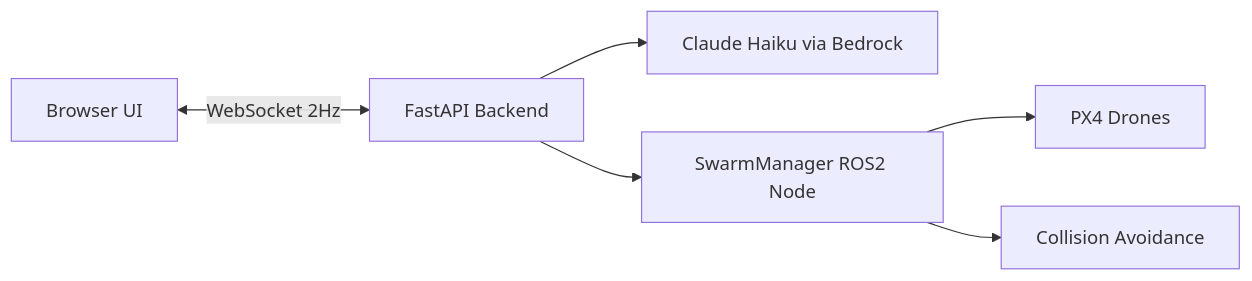
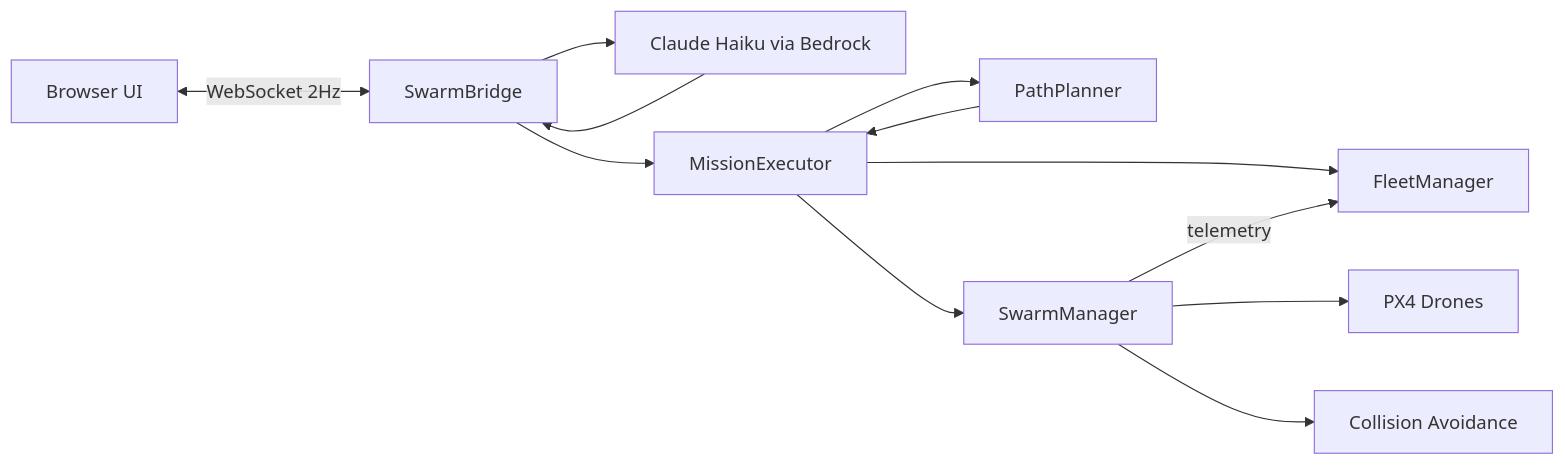
Before and after one commit to KeshavM05/drone-vla: the diagram in docs/guides/command-center.md, drawn with Mermaid. The commit also changed other lines of this file and 3 other files, not shown here.

````diff
--- a/docs/guides/command-center.md
+++ b/docs/guides/command-center.md
@@ -68,8 +86,14 @@
 ```mermaid
 flowchart LR
-    Browser[Browser UI] <-->|WebSocket 2Hz| FastAPI[FastAPI Backend]
-    FastAPI --> Bedrock[Claude Haiku via Bedrock]
-    FastAPI --> Swarm[SwarmManager ROS2 Node]
+    Browser[Browser UI] <-->|WebSocket 2Hz| Bridge[SwarmBridge]
+    Bridge --> NLP[Claude Haiku via Bedrock]
+    NLP --> Bridge
+    Bridge --> Exec[MissionExecutor]
+    Exec --> Fleet[FleetManager]
+    Exec --> Plan[PathPlanner]
+    Plan --> Exec
+    Exec --> Swarm[SwarmManager]
     Swarm --> PX4[PX4 Drones]
     Swarm --> CA[Collision Avoidance]
+    Swarm -->|telemetry| Fleet
 ```
````
